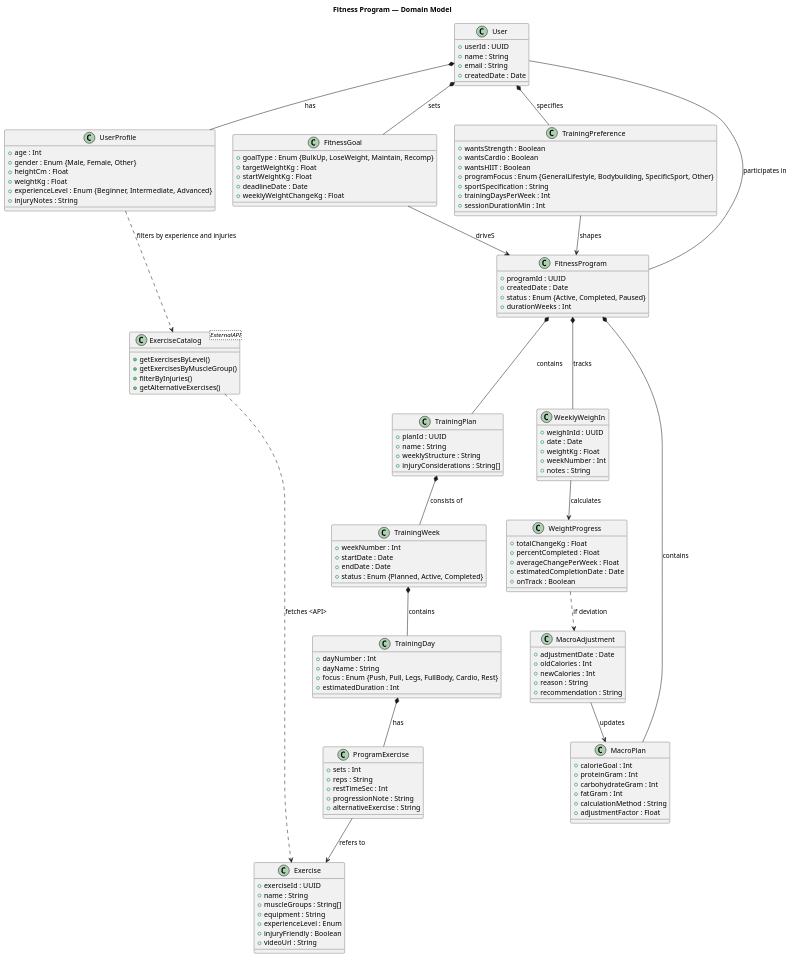
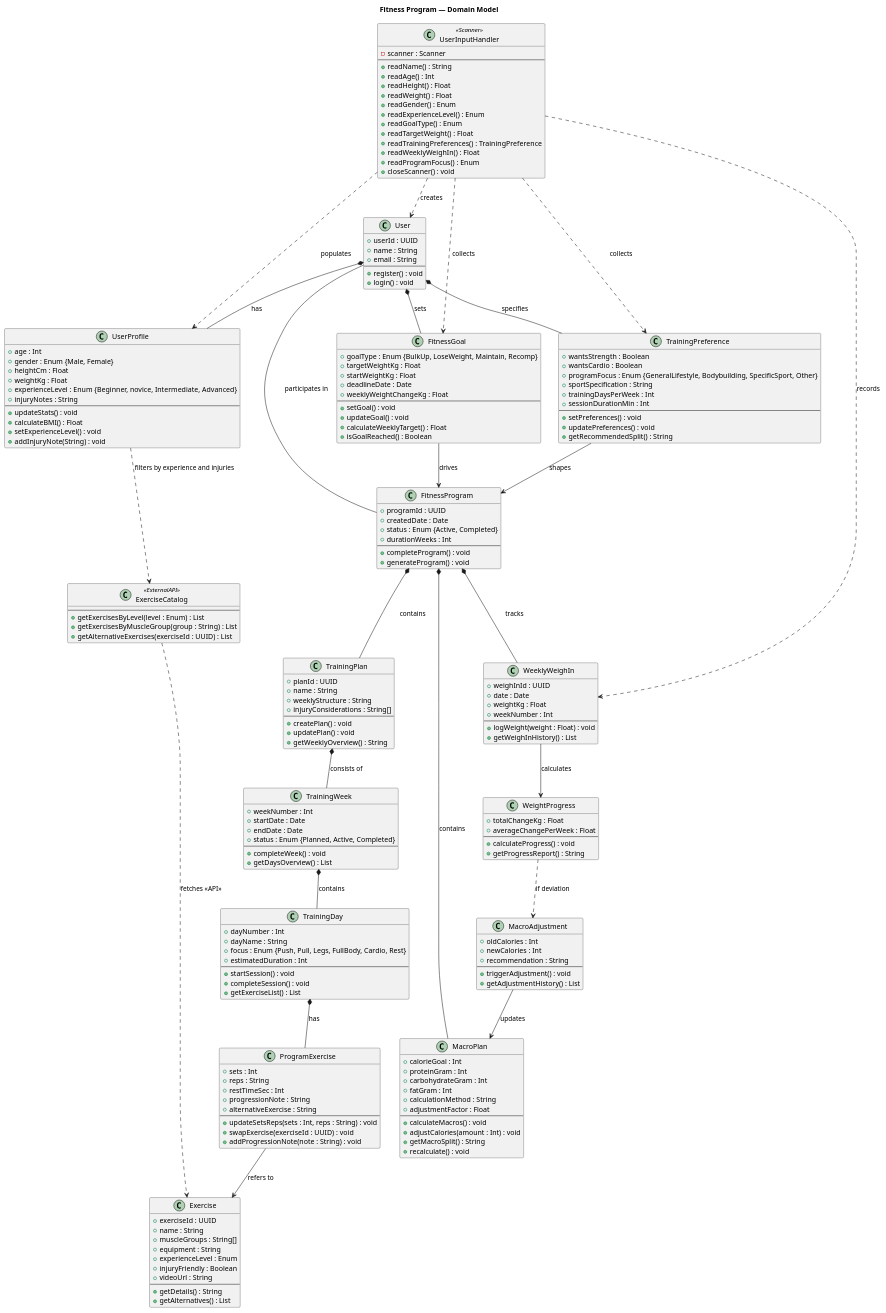
The diagram in doc/Klassediagram.puml (thooleif/ICE-Opgave), drawn with PlantUML before and after one commit. The commit also changed 2 other files, not shown here.

Commit message:
klassediagram updated med metoder

```diff
--- a/doc/Klassediagram.puml
+++ b/doc/Klassediagram.puml
@@ -1,21 +1,28 @@
 @startuml FitnessDomainModel
-'LAV DEN HER PÅ ENGELSK
+
 title Fitness Program — Domain Model
 
 class User {
   + userId : UUID
   + name : String
   + email : String
-  + createdDate : Date
+  --
+  + register() : void
+  + login() : void
 }
 
 class UserProfile {
   + age : Int
-  + gender : Enum {Male, Female, Other}
+  + gender : Enum {Male, Female}
   + heightCm : Float
   + weightKg : Float
-  + experienceLevel : Enum {Beginner, Intermediate, Advanced}
+  + experienceLevel : Enum {Beginner, novice, Intermediate, Advanced}
   + injuryNotes : String
+  --
+  + updateStats() : void
+  + calculateBMI() : Float
+  + setExperienceLevel() : void
+  + addInjuryNote(String) : void
 }
 
 class FitnessGoal {
@@ -24,23 +31,34 @@
   + startWeightKg : Float
   + deadlineDate : Date
   + weeklyWeightChangeKg : Float
+  --
+  + setGoal() : void
+  + updateGoal() : void
+  + calculateWeeklyTarget() : Float
+  + isGoalReached() : Boolean
 }
 
 class TrainingPreference {
   + wantsStrength : Boolean
   + wantsCardio : Boolean
-  + wantsHIIT : Boolean
   + programFocus : Enum {GeneralLifestyle, Bodybuilding, SpecificSport, Other}
   + sportSpecification : String
   + trainingDaysPerWeek : Int
   + sessionDurationMin : Int
+  --
+  + setPreferences() : void
+  + updatePreferences() : void
+  + getRecommendedSplit() : String
 }
 
 class FitnessProgram {
   + programId : UUID
   + createdDate : Date
-  + status : Enum {Active, Completed, Paused}
+  + status : Enum {Active, Completed}
   + durationWeeks : Int
+  --
+  + completeProgram() : void
+  + generateProgram() : void
 }
 
 class MacroPlan {
@@ -50,6 +68,11 @@
   + fatGram : Int
   + calculationMethod : String
   + adjustmentFactor : Float
+  --
+  + calculateMacros() : void
+  + adjustCalories(amount : Int) : void
+  + getMacroSplit() : String
+  + recalculate() : void
 }
 
 class TrainingPlan {
@@ -57,6 +80,10 @@
   + name : String
   + weeklyStructure : String
   + injuryConsiderations : String[]
+  --
+  + createPlan() : void
+  + updatePlan() : void
+  + getWeeklyOverview() : String
 }
 
 class TrainingWeek {
@@ -64,6 +91,9 @@
   + startDate : Date
   + endDate : Date
   + status : Enum {Planned, Active, Completed}
+  --
+  + completeWeek() : void
+  + getDaysOverview() : List
 }
 
 class TrainingDay {
@@ -71,13 +101,17 @@
   + dayName : String
   + focus : Enum {Push, Pull, Legs, FullBody, Cardio, Rest}
   + estimatedDuration : Int
+  --
+  + startSession() : void
+  + completeSession() : void
+  + getExerciseList() : List
 }
 
-class ExerciseCatalog <ExternalAPI> {
-  + getExercisesByLevel()
-  + getExercisesByMuscleGroup()
-  + filterByInjuries()
-  + getAlternativeExercises()
+class ExerciseCatalog <<ExternalAPI>> {
+  --
+  + getExercisesByLevel(level : Enum) : List
+  + getExercisesByMuscleGroup(group : String) : List
+  + getAlternativeExercises(exerciseId : UUID) : List
 }
 
 class Exercise {
@@ -88,6 +122,9 @@
   + experienceLevel : Enum
   + injuryFriendly : Boolean
   + videoUrl : String
+  --
+  + getDetails() : String
+  + getAlternatives() : List
 }
 
 class ProgramExercise {
@@ -96,6 +133,10 @@
   + restTimeSec : Int
   + progressionNote : String
   + alternativeExercise : String
+  --
+  + updateSetsReps(sets : Int, reps : String) : void
+  + swapExercise(exerciseId : UUID) : void
+  + addProgressionNote(note : String) : void
 }
 
 class WeeklyWeighIn {
@@ -103,31 +144,72 @@
   + date : Date
   + weightKg : Float
   + weekNumber : Int
-  + notes : String
+  --
+  + logWeight(weight : Float) : void
+  + getWeighInHistory() : List
 }
 
 class WeightProgress {
   + totalChangeKg : Float
-  + percentCompleted : Float
   + averageChangePerWeek : Float
-  + estimatedCompletionDate : Date
-  + onTrack : Boolean
+  --
+  + calculateProgress() : void
+  + getProgressReport() : String
 }
 
 class MacroAdjustment {
-  + adjustmentDate : Date
   + oldCalories : Int
   + newCalories : Int
-  + reason : String
   + recommendation : String
+  --
+  + triggerAdjustment() : void
+  + getAdjustmentHistory() : List
 }
+
+class UserInputHandler <<Scanner>> {
+  - scanner : Scanner
+  --
+  + readName() : String
+  + readAge() : Int
+  + readHeight() : Float
+  + readWeight() : Float
+  + readGender() : Enum
+  + readExperienceLevel() : Enum
+  + readGoalType() : Enum
+  + readTargetWeight() : Float
+  + readTrainingPreferences() : TrainingPreference
+  + readWeeklyWeighIn() : Float
+  + readProgramFocus() : Enum
+  + closeScanner() : void
+}
+
+'class DatabaseRepository <<Database>> {
+'  - connectionUrl : String
+'  - connection : Connection
+'  --
+'  + connect() : void
+'  + disconnect() : void
+'  + saveUser(user : User) : void
+'  + getUserById(userId : UUID) : User
+'  + saveUserProfile(profile : UserProfile) : void
+'  + getUserProfile(userId : UUID) : UserProfile
+'  + saveFitnessProgram(program : FitnessProgram) : void
+'  + getFitnessProgramByUser(userId : UUID) : FitnessProgram
+'  + saveMacroPlan(plan : MacroPlan) : void
+'  + saveTrainingPlan(plan : TrainingPlan) : void
+'  + saveWeighIn(weighIn : WeeklyWeighIn) : void
+'  + getWeighInHistory(userId : UUID) : List
+'  + saveWeightProgress(progress : WeightProgress) : void
+'  + getWeightProgress(userId : UUID) : WeightProgress
+'  + updateMacroPlan(plan : MacroPlan) : void
+'}
 
 User *-- UserProfile : has
 User *-- FitnessGoal : sets
 User *-- TrainingPreference : specifies
 User -- FitnessProgram : participates in
 
-FitnessGoal --> FitnessProgram : driveS
+FitnessGoal --> FitnessProgram : drives
 TrainingPreference --> FitnessProgram : shapes
 
 FitnessProgram *-- MacroPlan : contains
@@ -140,11 +222,25 @@
 TrainingDay *-- ProgramExercise : has
 ProgramExercise --> Exercise : refers to
 
-ExerciseCatalog ..> Exercise : fetches <API>
+ExerciseCatalog ..> Exercise : fetches <<API>>
 UserProfile ..> ExerciseCatalog : filters by experience and injuries
 
 WeeklyWeighIn --> WeightProgress : calculates
 WeightProgress ..> MacroAdjustment : if deviation
 MacroAdjustment --> MacroPlan : updates
 
+UserInputHandler ..> User : creates
+UserInputHandler ..> UserProfile : populates
+UserInputHandler ..> FitnessGoal : collects
+UserInputHandler ..> TrainingPreference : collects
+UserInputHandler ..> WeeklyWeighIn : records
+
+'DatabaseRepository ..> User : persists
+'DatabaseRepository ..> UserProfile : persists
+'DatabaseRepository ..> FitnessProgram : persists
+'DatabaseRepository ..> MacroPlan : persists
+'DatabaseRepository ..> TrainingPlan : persists
+'DatabaseRepository ..> WeeklyWeighIn : persists
+'DatabaseRepository ..> WeightProgress : persists
+
 @enduml
```
